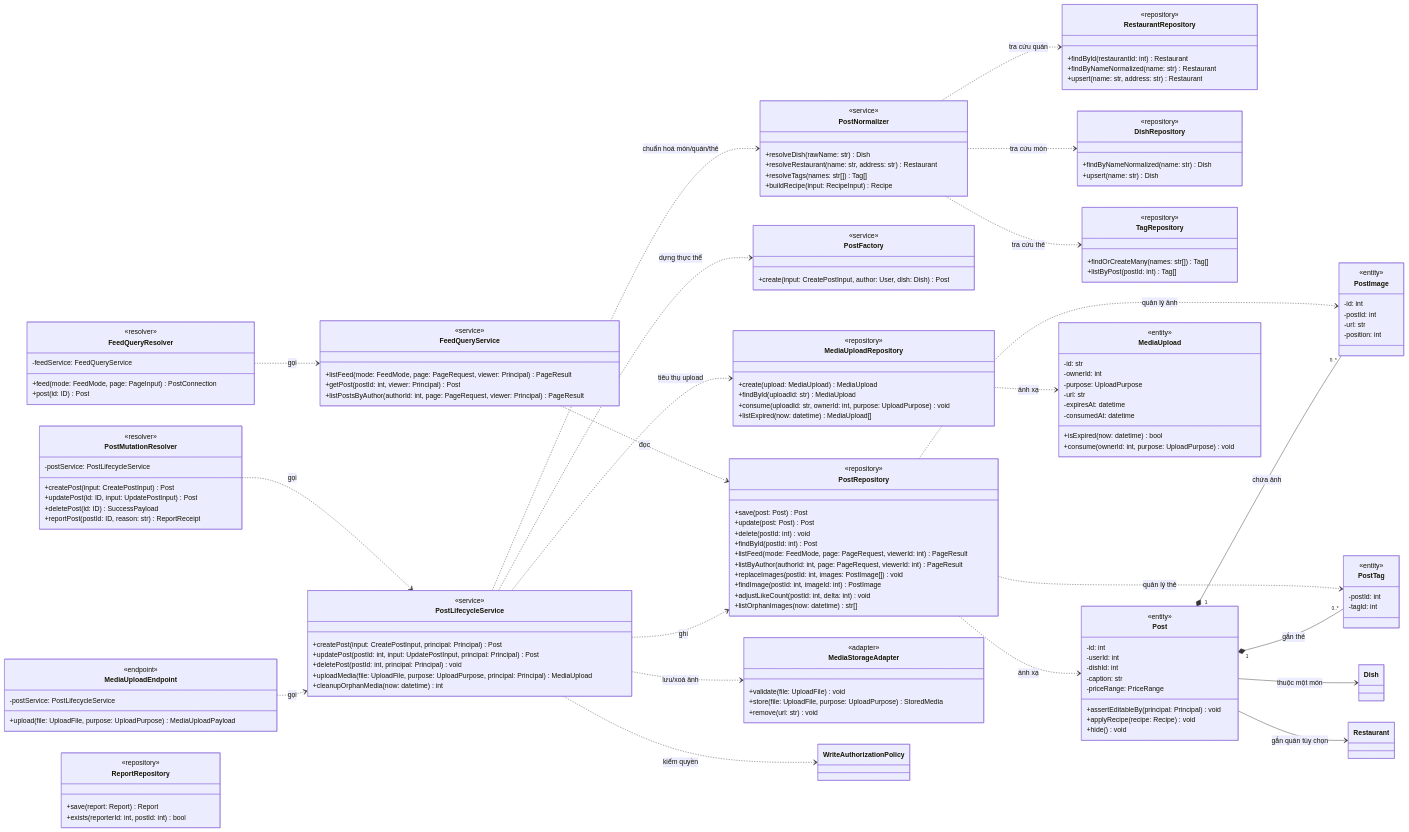
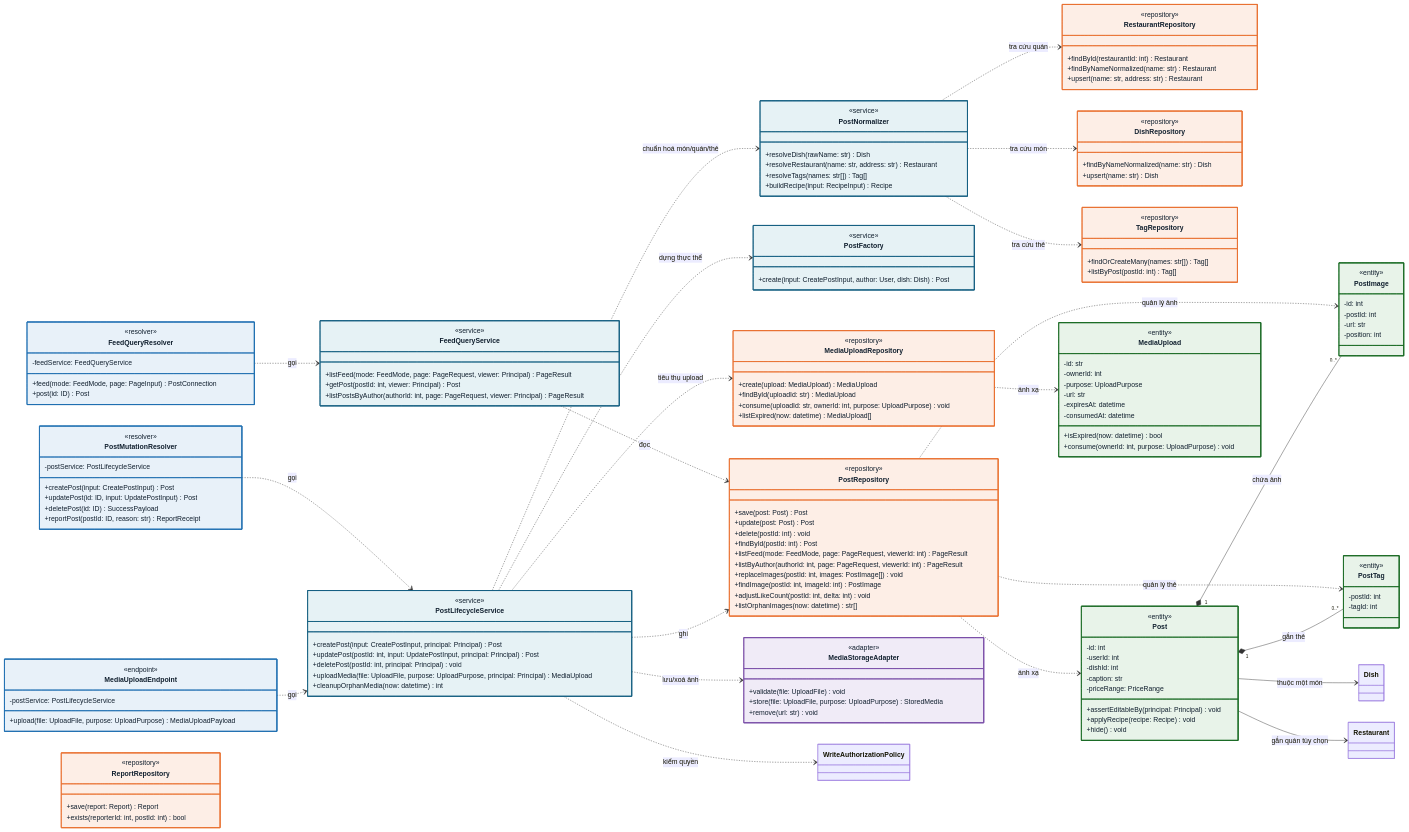
One commit to anqp5002/ToMateTo changed the third of 6 diagrams in docs/thiet_ke/6.1-A_class_diagrams_backend.md. Above: the diagram before and after it, drawn with Mermaid. The commit also changed other lines of this file, not shown here.

First line of the commit message:
docs(be): to mau theo tang cho so do lop 6.1-A va dong bo ky hieu o muc 1.4

````diff
--- a/docs/thiet_ke/6.1-A_class_diagrams_backend.md
+++ b/docs/thiet_ke/6.1-A_class_diagrams_backend.md
@@ -478,4 +503,28 @@
     Post "1" *-- "0..*" PostTag : gắn thẻ
     Post --> Dish : thuộc một món
     Post --> Restaurant : gắn quán tùy chọn
+    %% Mau theo nhom vai tro — xem §1.4
+    class FeedQueryResolver:::pres
+    class PostMutationResolver:::pres
+    class MediaUploadEndpoint:::pres
+    class FeedQueryService:::bus
+    class PostLifecycleService:::bus
+    class PostNormalizer:::bus
+    class PostFactory:::bus
+    class PostRepository:::data
+    class MediaUploadRepository:::data
+    class RestaurantRepository:::data
+    class DishRepository:::data
+    class TagRepository:::data
+    class ReportRepository:::data
+    class Post:::dom
+    class PostImage:::dom
+    class PostTag:::dom
+    class MediaUpload:::dom
+    class MediaStorageAdapter:::ext
+    classDef pres fill:#E8F1F9,stroke:#1F6FB2,stroke-width:2px,color:#101F2E
+    classDef bus fill:#E6F2F5,stroke:#156082,stroke-width:2px,color:#101F2E
+    classDef data fill:#FDEEE6,stroke:#E97132,stroke-width:2px,color:#101F2E
+    classDef dom fill:#E8F3E9,stroke:#196B24,stroke-width:2px,color:#101F2E
+    classDef ext fill:#F0EBF7,stroke:#7B4FA8,stroke-width:2px,color:#101F2E
 ```
````
